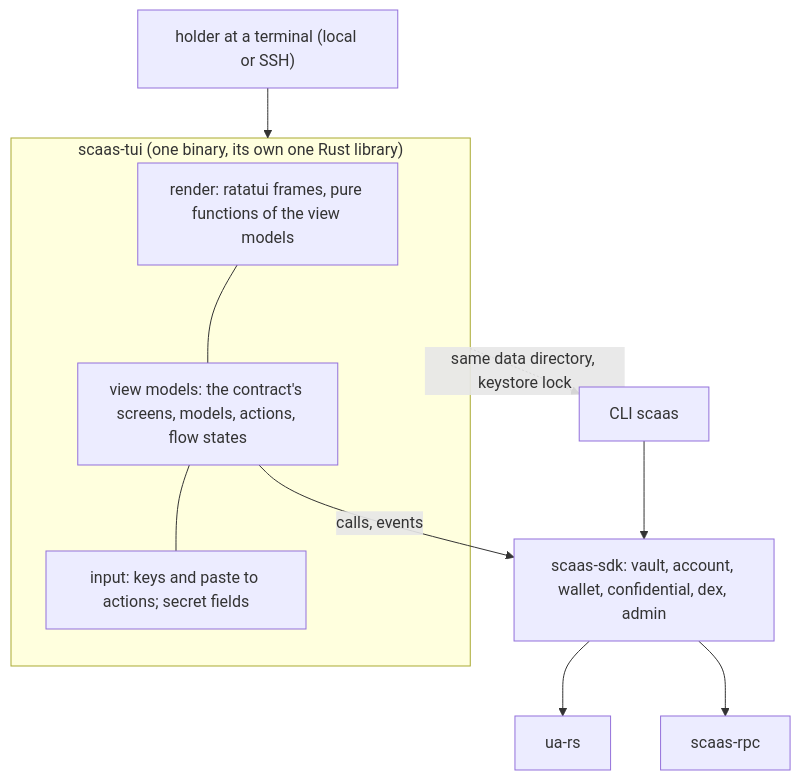
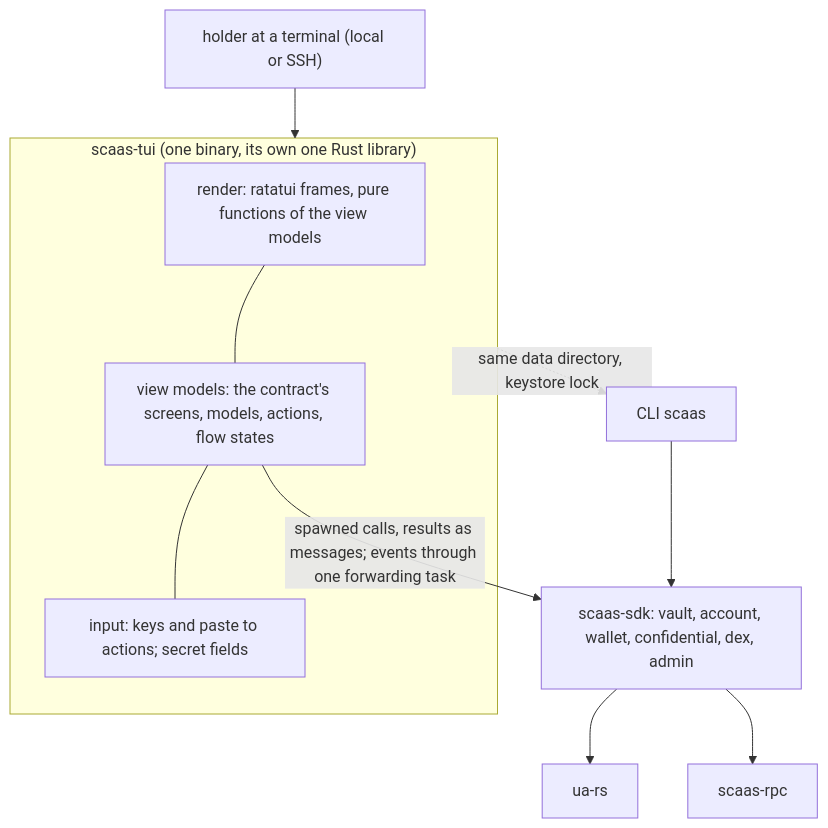
The first of 3 diagrams in docs/superpowers/specs/2026-11-17-scaas-tui.md (dinhduongha/scaas), drawn with Mermaid before and after one commit. The commit also changed other lines of this file and 3 other files, not shown here.

````diff
--- a/docs/superpowers/specs/2026-11-17-scaas-tui.md
+++ b/docs/superpowers/specs/2026-11-17-scaas-tui.md
@@ -62,15 +68,15 @@
 ```mermaid
 flowchart TB
   U["holder at a terminal (local or SSH)"] --> TUI
   subgraph TUI["scaas-tui (one binary, its own one Rust library)"]
     R["render: ratatui frames, pure functions of the view models"]
     VM["view models: the contract's screens, models, actions, flow states"]
     IN["input: keys and paste to actions; secret fields"]
     R --- VM --- IN
   end
-  VM -->|"calls, events"| SDK["scaas-sdk: vault, account, wallet, confidential, dex, admin"]
+  VM -->|"spawned calls, results as messages; events through one forwarding task"| SDK["scaas-sdk: vault, account, wallet, confidential, dex, admin"]
   SDK --> UA["ua-rs"]
   SDK --> RPC["scaas-rpc"]
   CLI["CLI scaas"] --> SDK
   TUI -.->|"same data directory, keystore lock"| CLI
 ```
````
